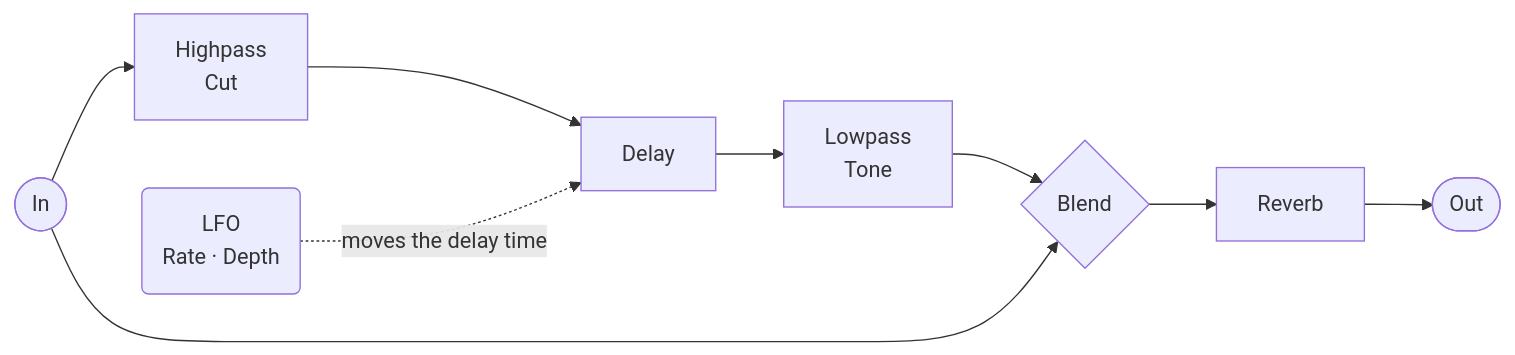
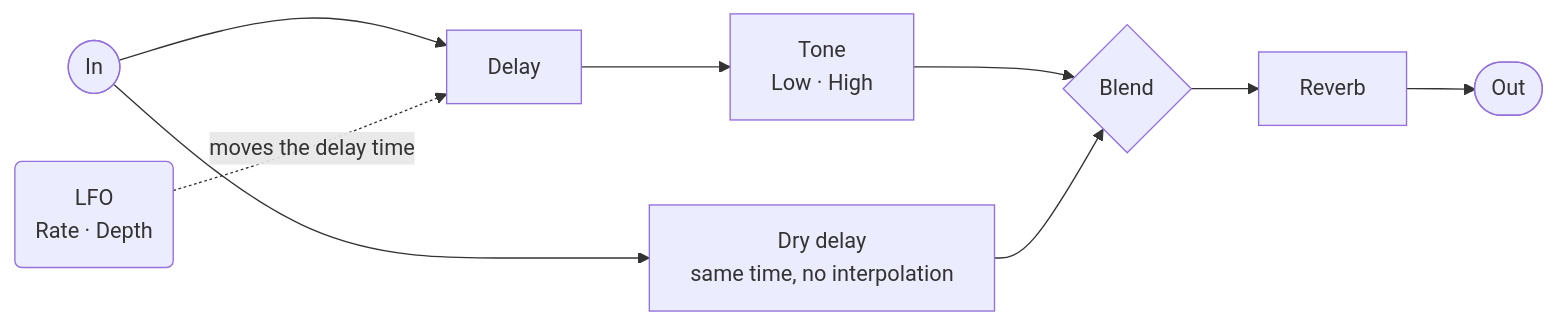
One commit to sheoak/zoia-patchstorage changed the diagram in patches/the-lovers/README.md. Above: the diagram before and after it, drawn with Mermaid. The commit also changed other lines of this file and 2 other files, not shown here.

First line of the commit message:
feat(lovers): the dry is delayed too, and the lamps say which rate

````diff
--- a/patches/the-lovers/README.md
+++ b/patches/the-lovers/README.md
@@ -40,11 +43,11 @@
 ```mermaid
 flowchart LR
-    IN([In]) --> HP[Highpass<br/>Cut]
-    HP --> DLY[Delay]
-    DLY --> LP[Lowpass<br/>Tone]
-    LP --> BLEND{Blend}
-    IN --> BLEND
+    IN([In]) --> DLY[Delay]
+    DLY --> TONE[Tone<br/>Low · High]
+    TONE --> BLEND{Blend}
+    IN --> DRYDLY[Dry delay<br/>same time, no interpolation]
+    DRYDLY --> BLEND
     BLEND --> REV[Reverb]
     REV --> OUT([Out])
     LFO(LFO<br/>Rate · Depth) -. moves the delay time .-> DLY
 ```
````
